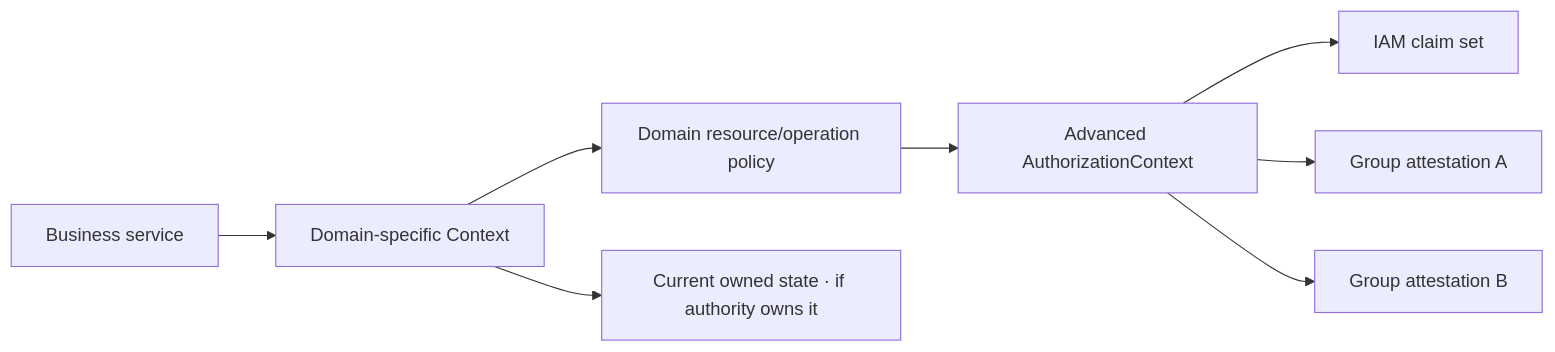
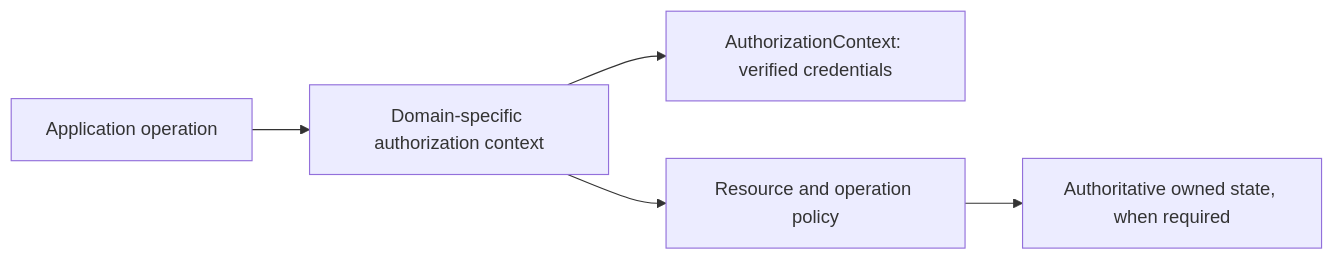
Before and after one commit to frederik-hoeft/min-favs-sharewise: the diagram in docs/stack/claims-context-proposal.md, drawn with Mermaid. The commit also changed other lines of this file and 9 other files, not shown here.

Commit message:
P2.1.0-E: Document verified credential and operation identity architecture

````diff
--- a/docs/stack/claims-context-proposal.md
+++ b/docs/stack/claims-context-proposal.md
@@ -107,10 +15,7 @@
 ```mermaid
 flowchart LR
-    Client["Business service"] --> Semantic["Domain-specific Context"]
-    Semantic --> Policy["Domain resource/operation policy"]
-    Policy --> Claims["Advanced AuthorizationContext"]
-    Claims --> SourceA["IAM claim set"]
-    Claims --> SourceB["Group attestation A"]
-    Claims --> SourceC["Group attestation B"]
-    Semantic --> Live["Current owned state · if authority owns it"]
+    Service["Application operation"] --> Semantic["Domain-specific authorization context"]
+    Semantic --> Evidence["AuthorizationContext: verified credentials"]
+    Semantic --> Policy["Resource and operation policy"]
+    Policy --> State["Authoritative owned state, when required"]
 ```
````
